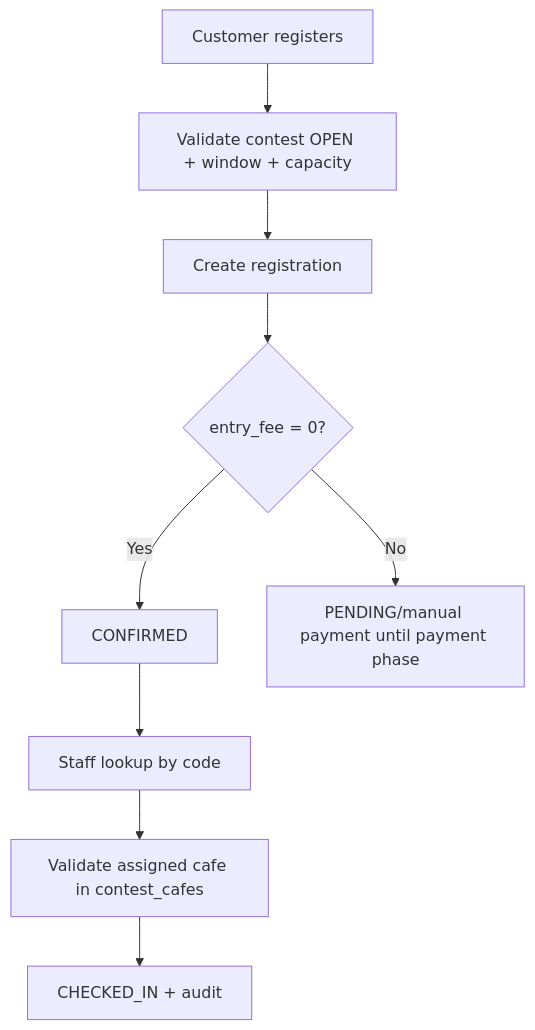
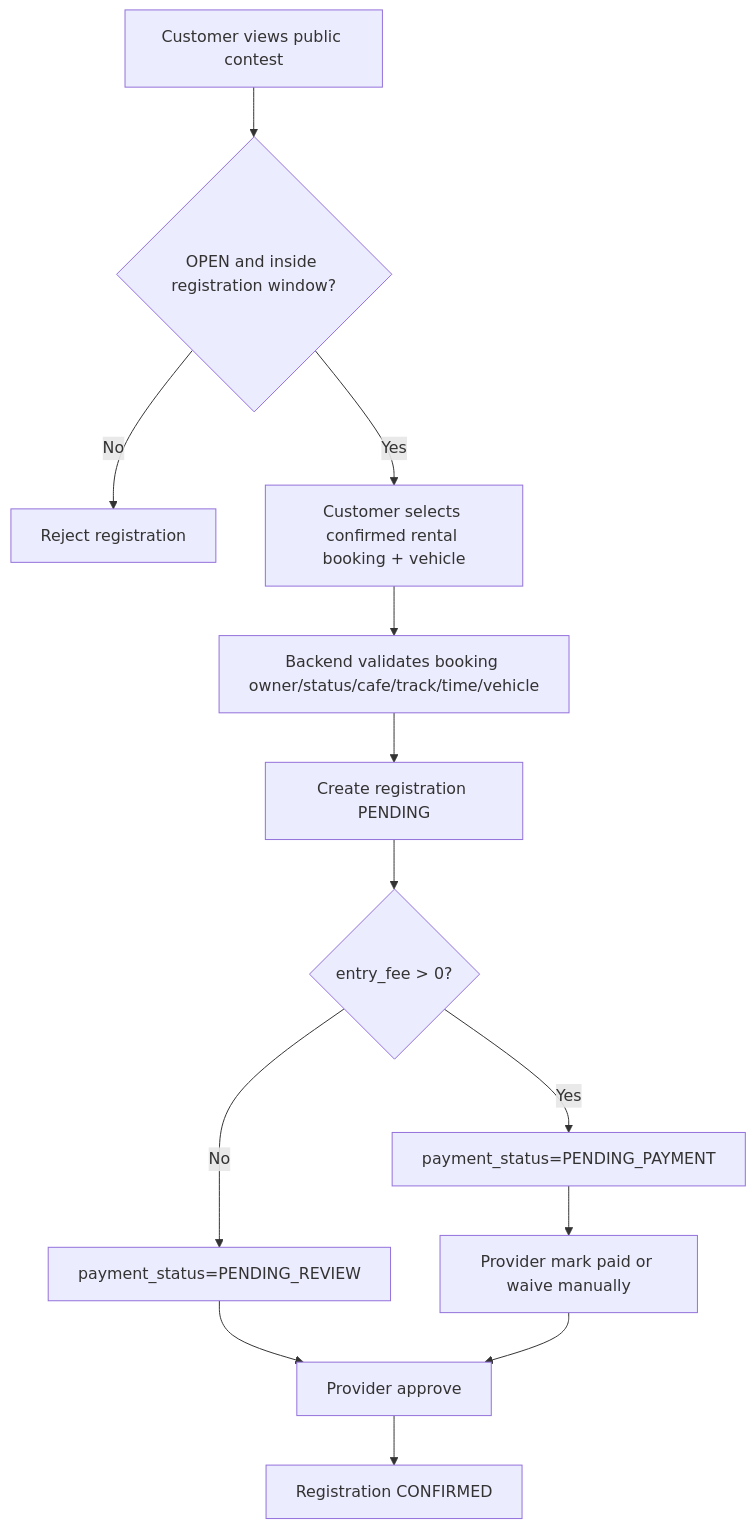
Before and after one commit to RCField-SEP490/rcfield-spec: the fourth of 6 diagrams in docs/architecture/03-contest.md, drawn with Mermaid. The commit also changed other lines of this file and 4 other files, not shown here.

First line of the commit message:
Refactor contest business rules documentation and add current backend vs requested flow analysis

````diff
--- a/docs/architecture/03-contest.md
+++ b/docs/architecture/03-contest.md
@@ -231,11 +160,15 @@
 ```mermaid
 flowchart TD
-    A[Customer registers] --> B[Validate contest OPEN + window + capacity]
-    B --> C[Create registration]
-    C --> D{entry_fee = 0?}
-    D -->|Yes| E[CONFIRMED]
-    D -->|No| F[PENDING/manual payment until payment phase]
-    E --> G[Staff lookup by code]
-    G --> H[Validate assigned cafe in contest_cafes]
-    H --> I[CHECKED_IN + audit]
+    A[Customer views public contest] --> B{OPEN and inside registration window?}
+    B -->|No| X[Reject registration]
+    B -->|Yes| C[Customer selects confirmed rental booking + vehicle]
+    C --> D[Backend validates booking owner/status/cafe/track/time/vehicle]
+    D --> E[Create registration PENDING]
+    E --> F{entry_fee > 0?}
+    F -->|No| G[payment_status=PENDING_REVIEW]
+    F -->|Yes| H[payment_status=PENDING_PAYMENT]
+    H --> I[Provider mark paid or waive manually]
+    G --> J[Provider approve]
+    I --> J
+    J --> K[Registration CONFIRMED]
 ```
````
